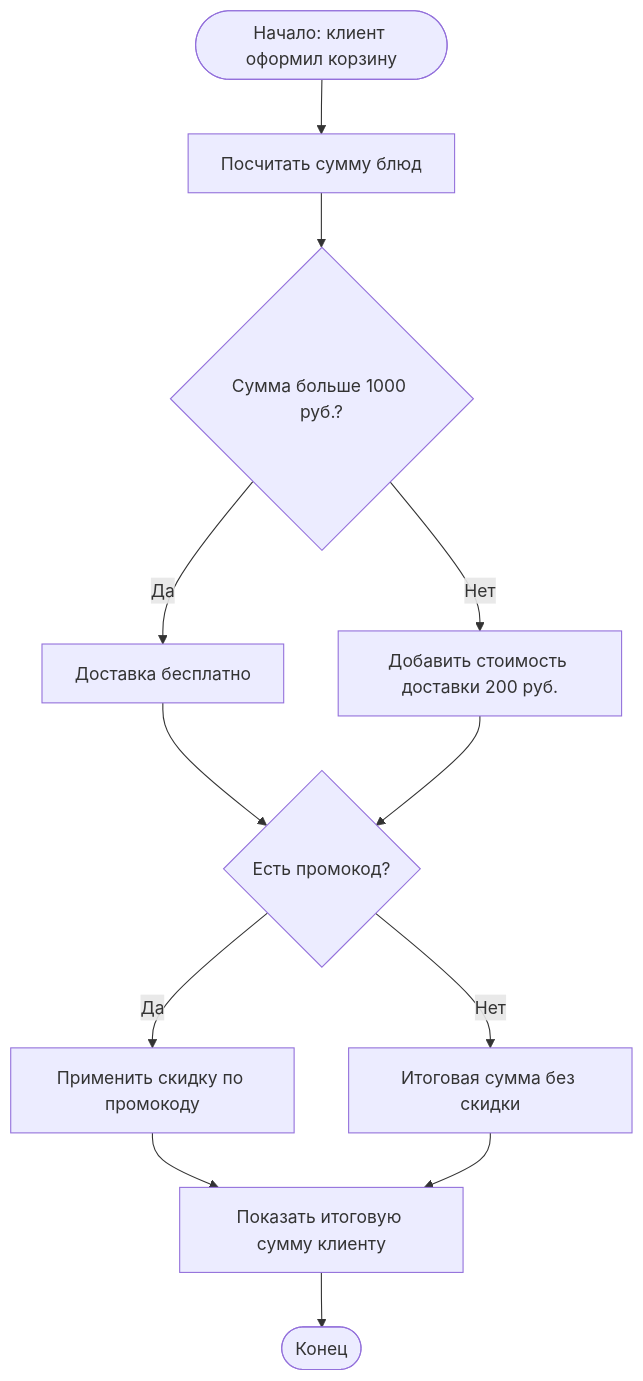
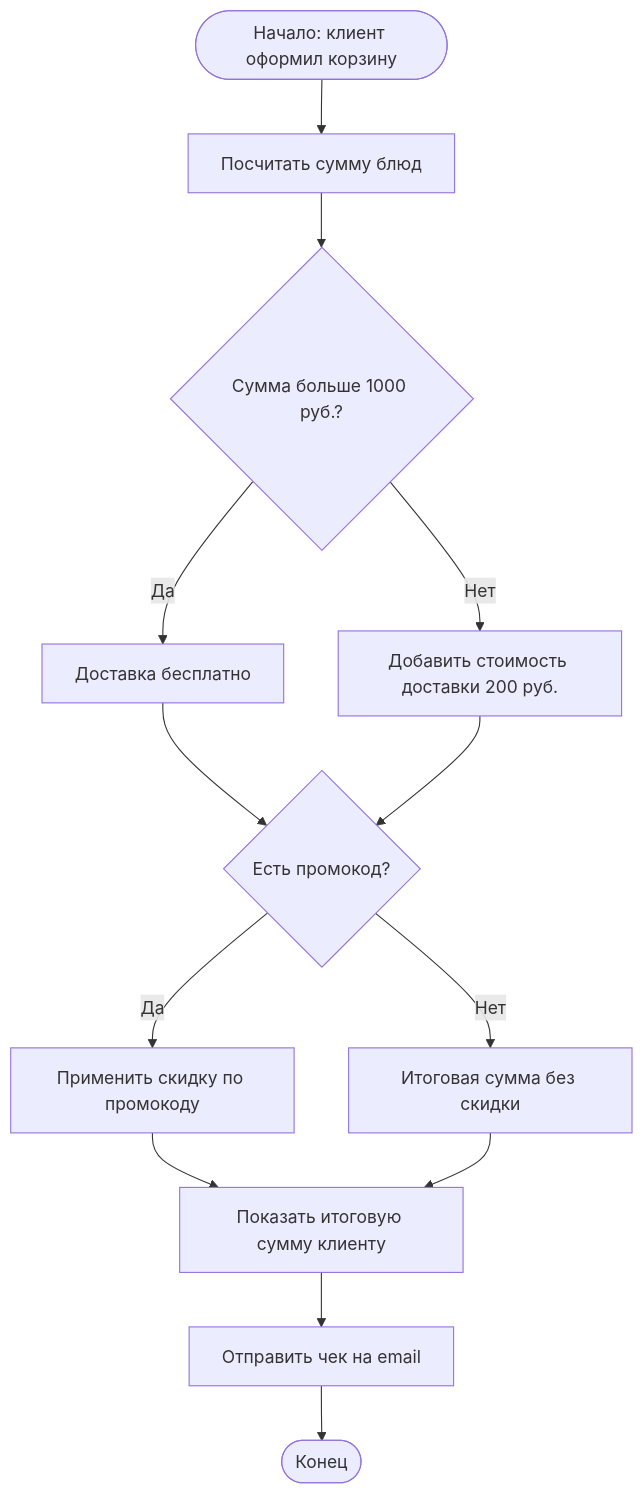
Before and after one commit to Taffy-hab/visual-programming-labs--Kunda-: the diagram in lab1/docs/flowchart.md, drawn with Mermaid. The commit also changed 3 other files, not shown here.

Commit message:
add minor changes (UML, Sequence, Flowchart)

````diff
--- a/lab1/docs/flowchart.md
+++ b/lab1/docs/flowchart.md
@@ -6,14 +6,15 @@
 ```mermaid
 flowchart TD
     A([Начало: клиент оформил корзину]) --> B[Посчитать сумму блюд]
     B --> C{Сумма больше 1000 руб.?}
     C -- Да --> D[Доставка бесплатно]
     C -- Нет --> E[Добавить стоимость доставки 200 руб.]
     D --> F{Есть промокод?}
     E --> F
     F -- Да --> G[Применить скидку по промокоду]
     F -- Нет --> H[Итоговая сумма без скидки]
     G --> I[Показать итоговую сумму клиенту]
     H --> I
-    I --> J([Конец])
+    I --> K[Отправить чек на email]
+    K --> J([Конец])
 ```
````
